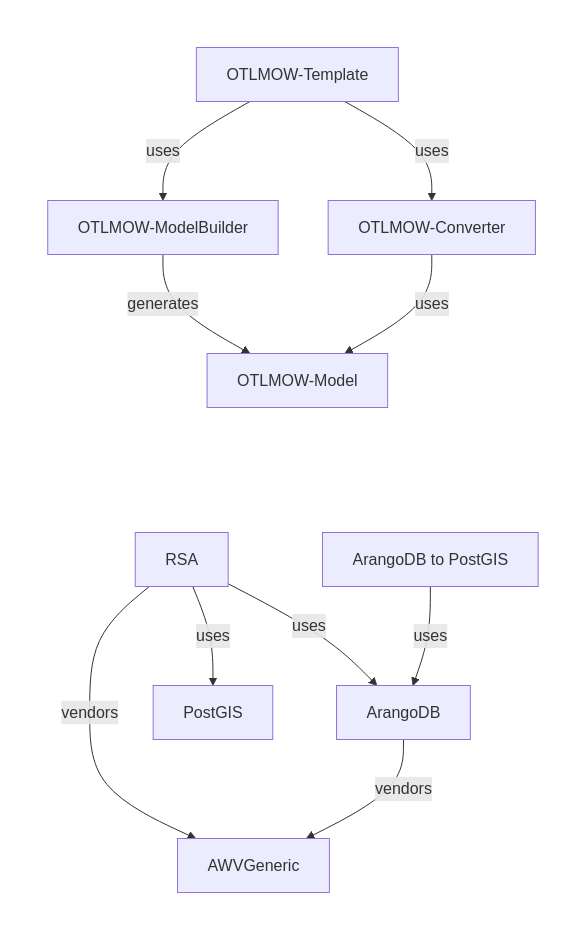
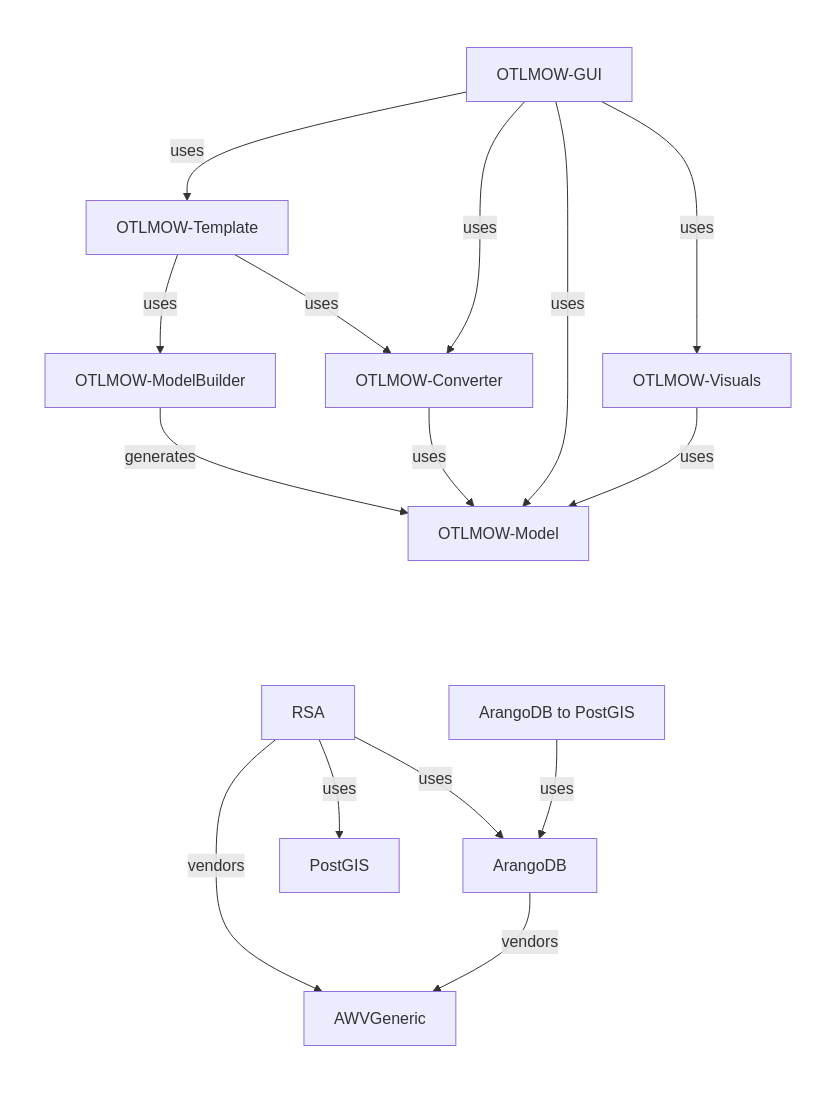
One commit to davidvlaminck/Home changed the diagram in repos.mmd. Above: the diagram before and after it, drawn with Mermaid. The commit also changed 1 other file, not shown here.

```diff
--- a/repos.mmd
+++ b/repos.mmd
@@ -1,27 +1,34 @@
 flowchart LR
     subgraph cluster_0 [ ]
         awv_generic["AWVGeneric"]
+        rsa["RSA"]
         arango_db["ArangoDB"]
-        rsa["RSA"]
+        postgis["PostGIS"]
         arango_db_to_postgis["ArangoDB to PostGIS"]
-        postgis["PostGIS"]
     end
     subgraph cluster_1 [ ]
         model["OTLMOW-Model"]
+        modelbuilder["OTLMOW-ModelBuilder"]
+        visuals["OTLMOW-Visuals"]
+        otl-wizard["OTLMOW-GUI"]
         converter["OTLMOW-Converter"]
-        modelbuilder["OTLMOW-ModelBuilder"]
         template["OTLMOW-Template"]
     end
 
     classDef plain fill:none,stroke:none;
     class cluster_0,cluster_1 plain;
 
     rsa -->|vendors| awv_generic
     rsa -->|uses| arango_db
     rsa -->|uses| postgis
     arango_db -->|vendors| awv_generic
     arango_db_to_postgis -->|uses| arango_db
     modelbuilder -->|generates| model
     converter -->|uses| model
     template -->|uses| modelbuilder
     template -->|uses| converter
+    otl-wizard -->|uses| model
+    otl-wizard -->|uses| converter
+    otl-wizard -->|uses| template
+    otl-wizard -->|uses| visuals
+    visuals -->|uses| model
```
